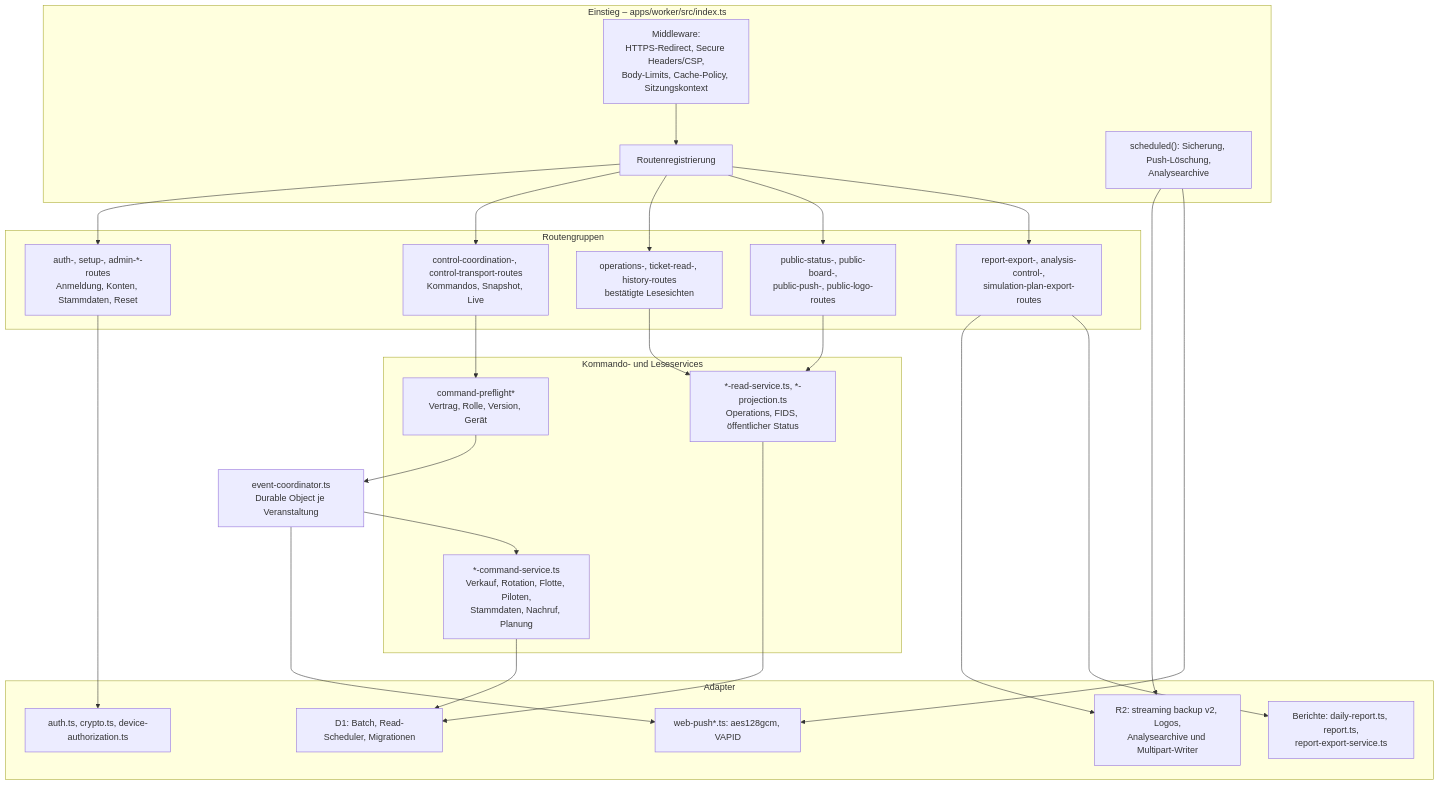
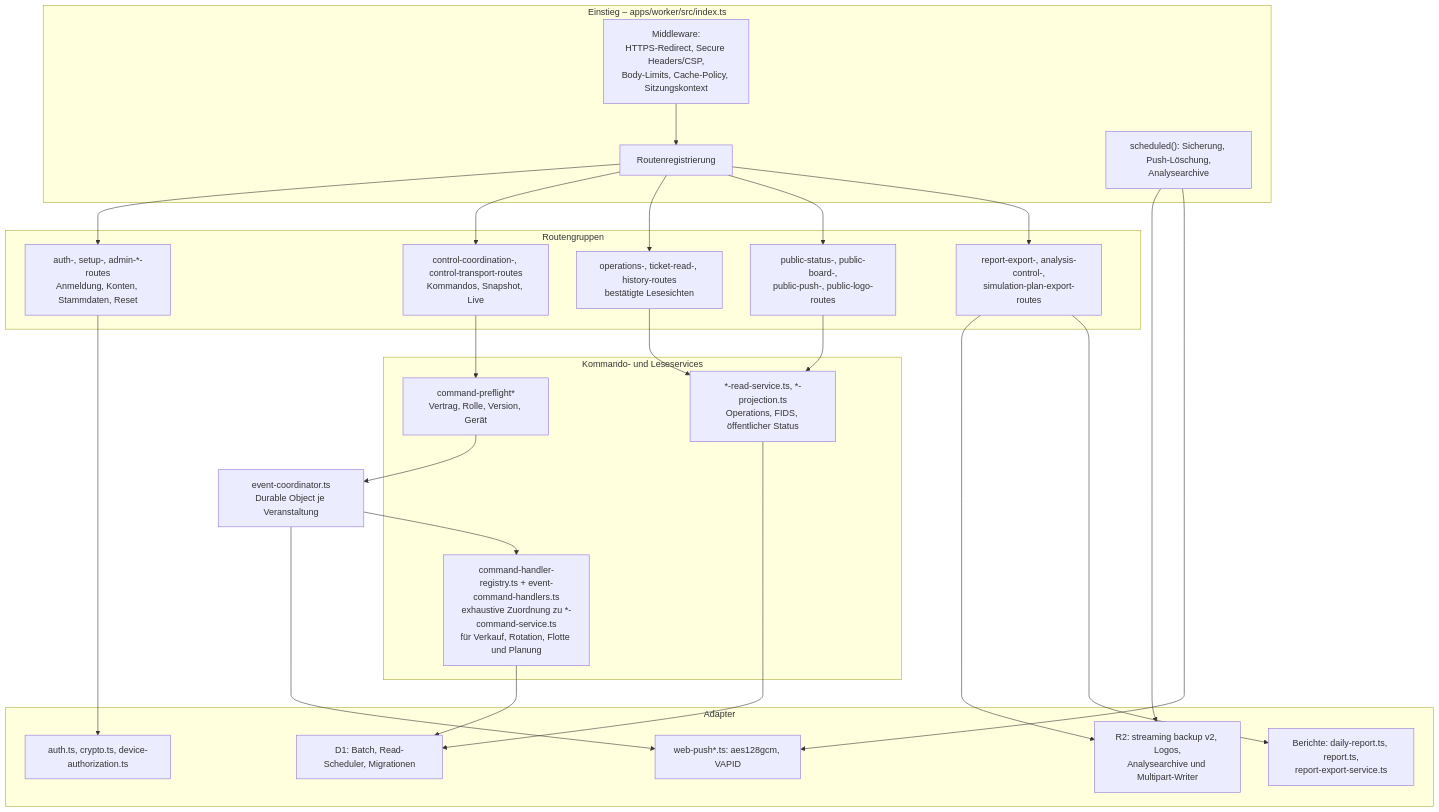
Before and after one commit to aguther/rundflug-leitstand: the second of 4 diagrams in docs/arc42/05-bausteinsicht.md, drawn with Mermaid. The commit also changed other lines of this file and 11 other files, not shown here.

````diff
--- a/docs/arc42/05-bausteinsicht.md
+++ b/docs/arc42/05-bausteinsicht.md
@@ -44,46 +44,46 @@
 ```mermaid
 flowchart TB
     subgraph Entry["Einstieg – apps/worker/src/index.ts"]
         MW["Middleware:<br/>HTTPS-Redirect, Secure Headers/CSP,<br/>Body-Limits, Cache-Policy, Sitzungskontext"]
         ROUTES["Routenregistrierung"]
         CRONH["scheduled(): Sicherung, Push-Löschung,<br/>Analysearchive"]
     end
 
     subgraph RouteGroups["Routengruppen"]
         AUTHR["auth-, setup-, admin-*-routes<br/>Anmeldung, Konten, Stammdaten, Reset"]
         CTRL["control-coordination-, control-transport-routes<br/>Kommandos, Snapshot, Live"]
         OPS["operations-, ticket-read-, history-routes<br/>bestätigte Lesesichten"]
         PUB["public-status-, public-board-,<br/>public-push-, public-logo-routes"]
         EXP["report-export-, analysis-control-,<br/>simulation-plan-export-routes"]
     end
 
     subgraph Services["Kommando- und Leseservices"]
-        CMD["*-command-service.ts<br/>Verkauf, Rotation, Flotte, Piloten,<br/>Stammdaten, Nachruf, Planung"]
+        CMD["command-handler-registry.ts + event-command-handlers.ts<br/>exhaustive Zuordnung zu *-command-service.ts<br/>für Verkauf, Rotation, Flotte und Planung"]
         READ["*-read-service.ts, *-projection.ts<br/>Operations, FIDS, öffentlicher Status"]
         PRE["command-preflight*<br/>Vertrag, Rolle, Version, Gerät"]
     end
 
     DO["event-coordinator.ts<br/>Durable Object je Veranstaltung"]
 
     subgraph Adapters["Adapter"]
         D1A["D1: Batch, Read-Scheduler, Migrationen"]
         R2A["R2: streaming backup v2, Logos,<br/>Analysearchive und Multipart-Writer"]
         REPORT["Berichte: daily-report.ts, report.ts,<br/>report-export-service.ts"]
         PUSHA["web-push*.ts: aes128gcm, VAPID"]
         AUTHA["auth.ts, crypto.ts, device-authorization.ts"]
     end
 
     MW --> ROUTES
     ROUTES --> AUTHR & CTRL & OPS & PUB & EXP
     CTRL --> PRE --> DO
     DO --> CMD
     CMD --> D1A
     OPS --> READ --> D1A
     PUB --> READ
     EXP --> R2A
     EXP --> REPORT
     CRONH --> R2A
     CRONH --> PUSHA
     DO --> PUSHA
     AUTHR --> AUTHA
 ```
````
